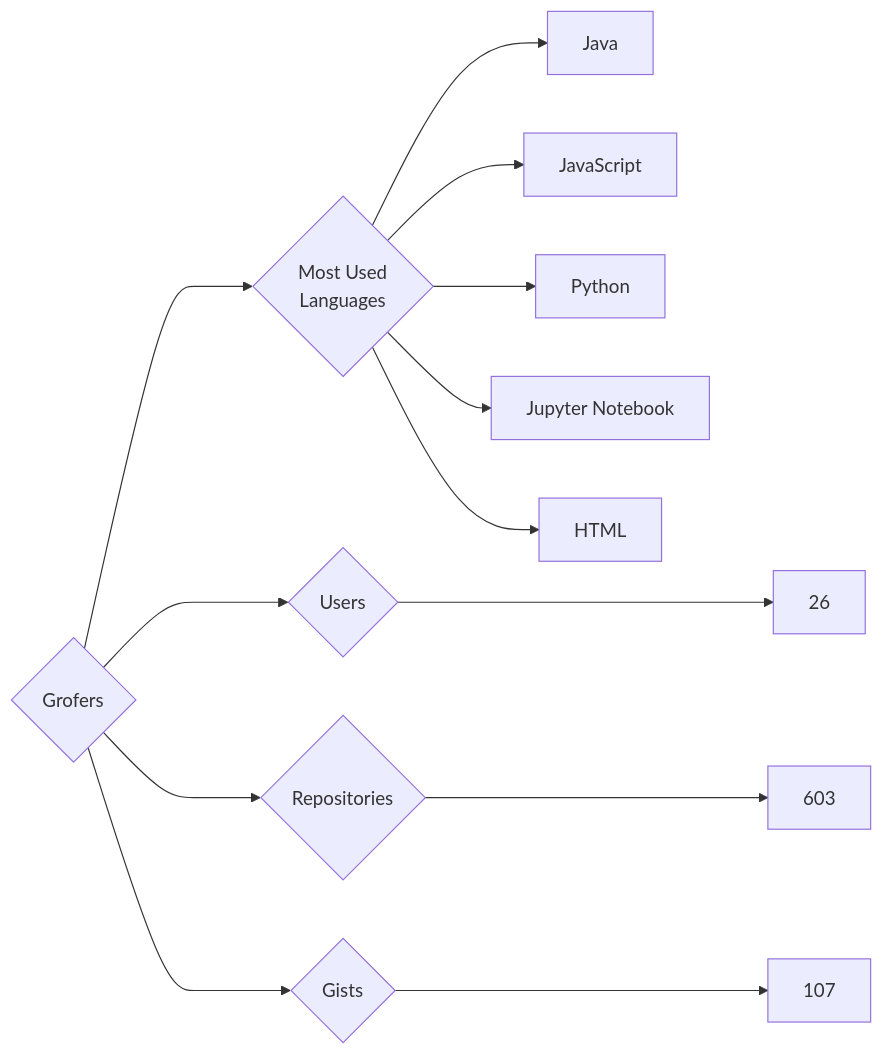
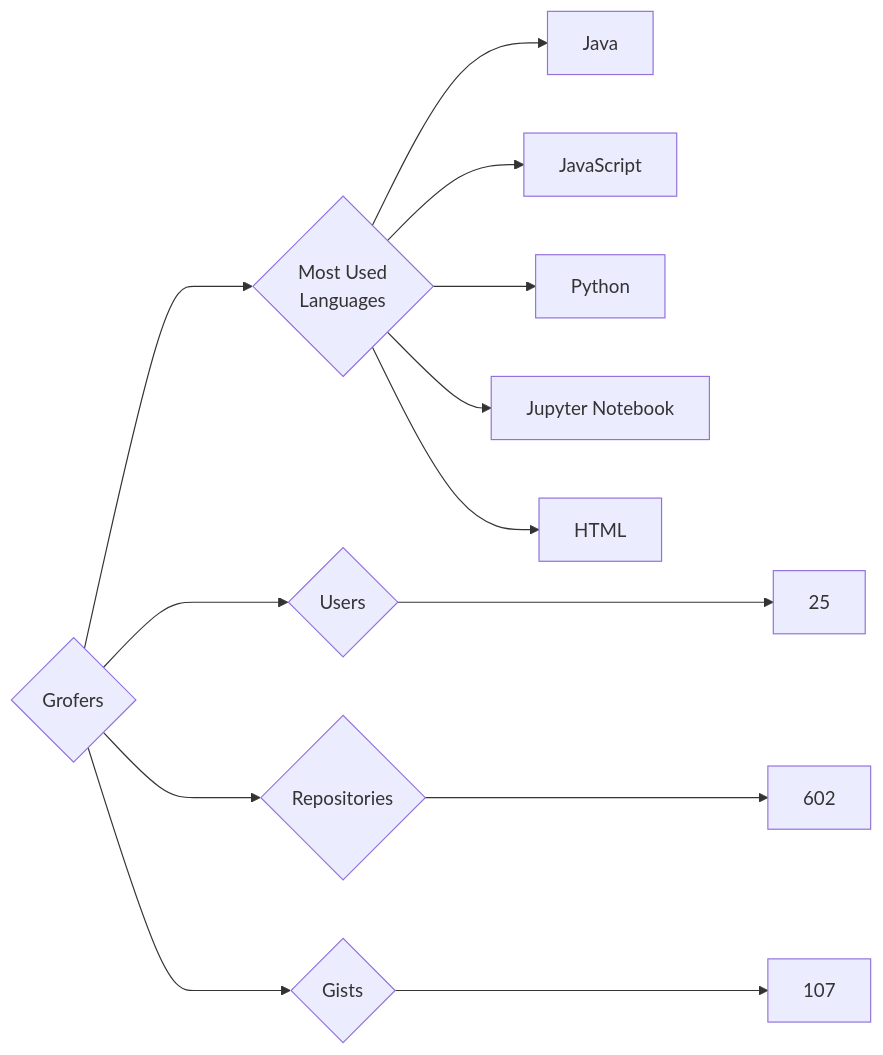
The diagram in targets/Grofers/README.md (trickest/insiders), drawn with Mermaid before and after one commit. The commit also changed 633 other files, not shown here.

````diff
--- a/targets/Grofers/README.md
+++ b/targets/Grofers/README.md
@@ -3,13 +3,13 @@
 ```mermaid
 graph LR
 COMPANY_NAME{Grofers}
-COMPANY_NAME ---> U{Users} ---> UN[26]
-COMPANY_NAME ---> R{Repositories} ---> RN[603]
+COMPANY_NAME ---> U{Users} ---> UN[25]
+COMPANY_NAME ---> R{Repositories} ---> RN[602]
 COMPANY_NAME ---> G{Gists} ---> GN[107]
 COMPANY_NAME ---> ML{Most Used<br>Languages}
 ML --> Java[Java]
 ML --> JavaScript[JavaScript]
 ML --> Python[Python]
 ML --> Jupyter_Notebook[Jupyter Notebook]
 ML --> HTML[HTML]
 ```
````
